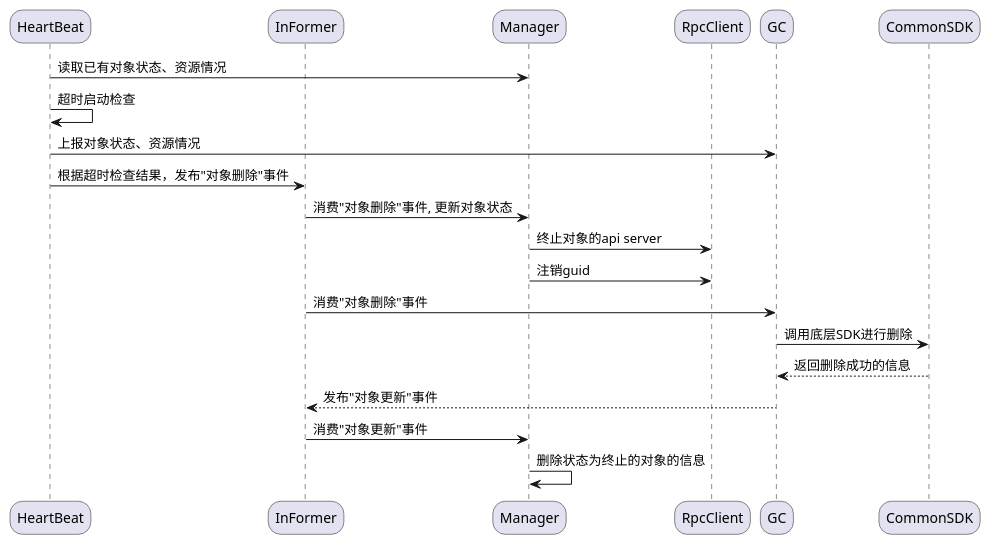
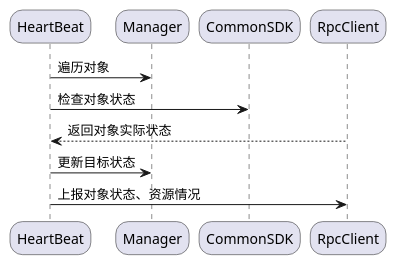
The sixth of 7 diagrams in WorkNote/Agent设计v2/执行代理V0.2-重构-草稿.md (Faione/note), drawn with PlantUML before and after one commit. The commit also changed other lines of this file and 1 other file, not shown here.

````diff
--- a/WorkNote/Agent设计v2/执行代理V0.2-重构-草稿.md
+++ b/WorkNote/Agent设计v2/执行代理V0.2-重构-草稿.md
@@ -210,32 +212,20 @@
 ```plantuml
 @startuml
 skinparam roundCorner 25
 skinparam responseMessageBelowArrow true
 
 
 participant HeartBeat as f1
-participant InFormer as f2
-participant Manager as f3
-
+participant Manager as f2
+participant CommonSDK as f3
 participant RpcClient as f4
 
-participant GC as f5
-participant CommonSDK as f6
 
-
-f1    ->     f3  :读取已有对象状态、资源情况
-f1    ->     f1  :超时启动检查
-f1    ->     f5  :上报对象状态、资源情况
-f1    ->     f2  :根据超时检查结果，发布"对象删除"事件
-f2    ->     f3  :消费"对象删除"事件, 更新对象状态
-f3    ->     f4  :终止对象的api server
-f3    ->     f4  :注销guid
-f2    ->     f5  :消费"对象删除"事件
-f5    ->     f6  :调用底层SDK进行删除
-f6   -->     f5  :返回删除成功的信息
-f5   -->     f2  :发布"对象更新"事件
-f2    ->     f3  :消费"对象更新"事件
-f3    ->     f3  :删除状态为终止的对象的信息
+f1    ->     f2  :遍历对象
+f1    ->     f3  :检查对象状态
+f4    -->    f1  :返回对象实际状态
+f1    ->     f2  :更新目标状态
+f1    ->     f4  :上报对象状态、资源情况
 
 @enduml
 ```
````
